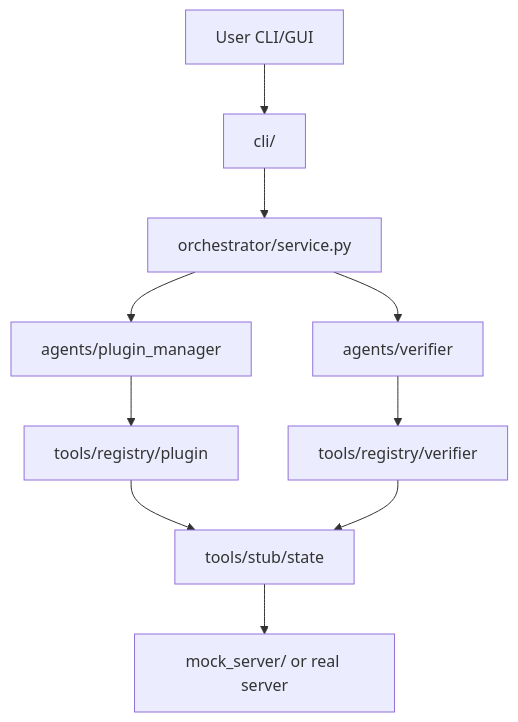
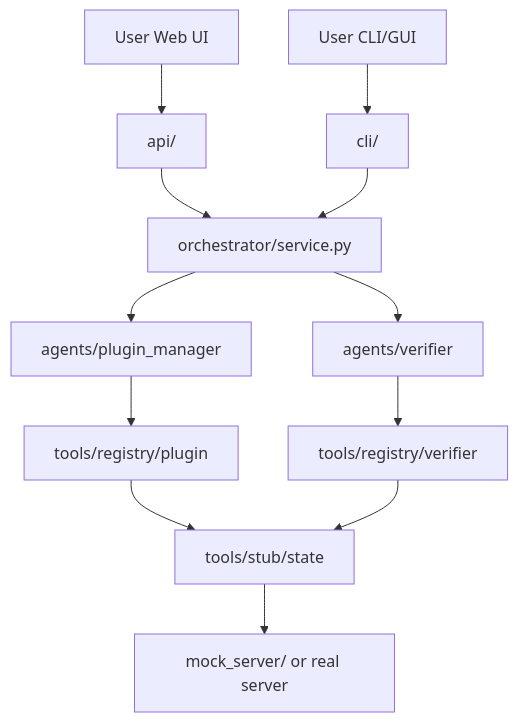
The diagram in docs/ARCHITECTURE.md (HGTNewCoder/MCAgent), drawn with Mermaid before and after one commit. The commit also changed other lines of this file and 50 other files, not shown here.

````diff
--- a/docs/ARCHITECTURE.md
+++ b/docs/ARCHITECTURE.md
@@ -77,12 +93,14 @@
 ```mermaid
 flowchart TD
-  User[User CLI/GUI] --> CLI[cli/]
-  CLI --> ORCH[orchestrator/service.py]
+  UserWeb[User Web UI] --> API[api/]
+  UserCli[User CLI/GUI] --> CLI[cli/]
+  API --> ORCH[orchestrator/service.py]
+  CLI --> ORCH
   ORCH --> PM[agents/plugin_manager]
   ORCH --> VF[agents/verifier]
   PM --> REG1[tools/registry/plugin]
   VF --> REG2[tools/registry/verifier]
   REG1 --> STUB[tools/stub/state]
   REG2 --> STUB
   STUB --> FS[mock_server/ or real server]
 ```
````
